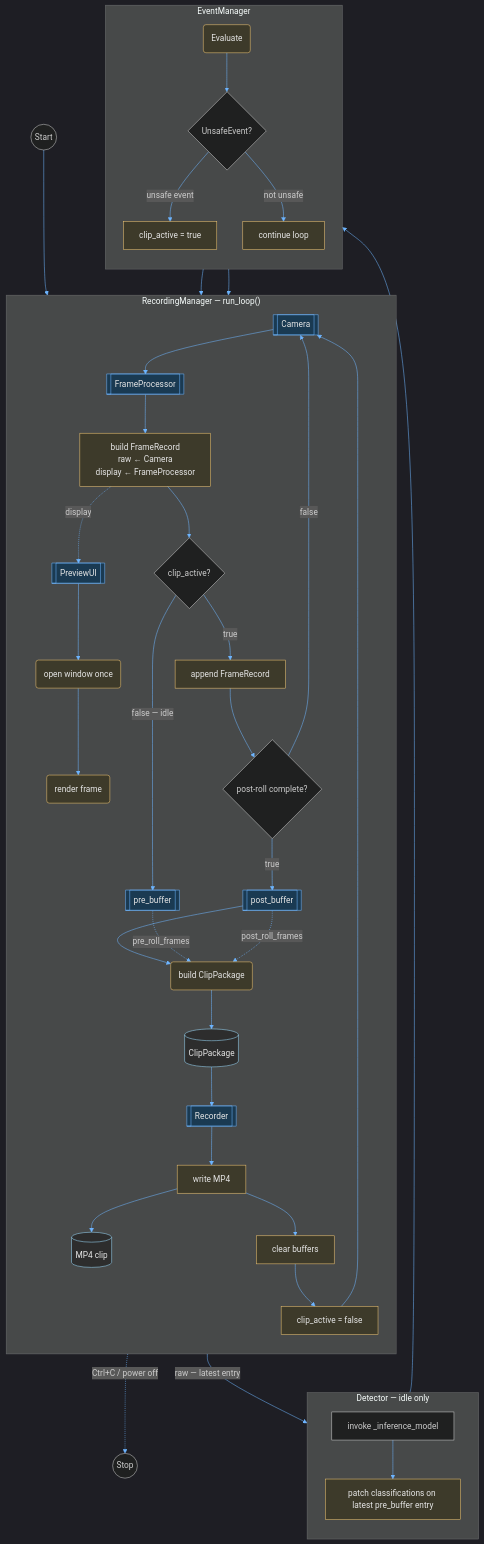
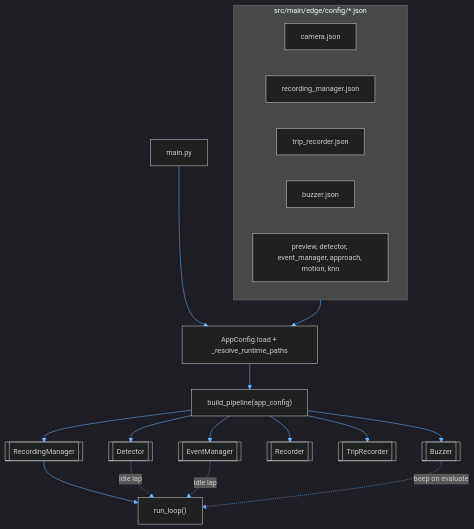
One commit to GregT7/NetraPi changed the eighth of 15 diagrams in project_management/diagrams/event_clip_pipeline.md. Above: the diagram before and after it, drawn with Mermaid. The commit also changed other lines of this file and 165 other files, not shown here.

First line of the commit message:
NTRP-3: setup edge recording and unsafe event detection system

````diff
--- a/project_management/diagrams/event_clip_pipeline.md
+++ b/project_management/diagrams/event_clip_pipeline.md
@@ -539,80 +377,31 @@
 ```mermaid
-%%{init: {'theme': 'dark', 'themeVariables': { 'primaryTextColor': '#e6e6e6', 'lineColor': '#6eb5ff', 'fontSize': '16px'}}}%%
+%%{init: {'theme': 'dark', 'themeVariables': { 'primaryTextColor': '#e6e6e6', 'lineColor': '#6eb5ff', 'fontSize': '14px'}}}%%
 flowchart TB
-    START((Start))
-    STOP((Stop))
+    MAIN[main.py]
+    LOAD["AppConfig.load + _resolve_runtime_paths"]
+    BUILD["build_pipeline(app_config)"]
+    RM[[RecordingManager]]
+    DET[[Detector]]
+    EM[[EventManager]]
+    REC[[Recorder]]
+    TRIP[[TripRecorder]]
+    BZ[[Buzzer]]
+    LOOP["run_loop()"]
 
-    subgraph RM ["RecordingManager — run_loop()"]
-        direction TB
-        C[[Camera]]
-        F[[FrameProcessor]]
-        P[[PreviewUI]]
-        PRE[[pre_buffer]]
-        POST[[post_buffer]]
-        MK["build FrameRecord<br/>raw ← Camera<br/>display ← FrameProcessor"]
-        CA{clip_active?}
-        APP[append FrameRecord]
-        PRC{post-roll complete?}
-        BLD(build ClipPackage)
-        PKG[(ClipPackage)]
-        R[[Recorder]]
-        WMP4[write MP4]
-        CLRBUF[clear buffers]
-        CLR[clip_active = false]
-        OUT[(MP4 clip)]
-        C --> F
-        F --> MK
-        MK --> CA
-        MK -.->|display| P
-        P --> OW(open window once)
-        OW --> RV(render frame)
-        CA -->|false — idle| PRE
-        CA -->|true| APP
-        APP --> PRC
-        PRC -->|false| C
-        PRC -->|true| POST
-        POST --> BLD
-        PRE -.->|pre_roll_frames| BLD
-        POST -.->|post_roll_frames| BLD
-        BLD --> PKG
-        PKG --> R
-        R --> WMP4
-        WMP4 --> OUT
-        WMP4 --> CLRBUF
-        CLRBUF --> CLR
-        CLR --> C
+    subgraph CFG ["src/main/edge/config/*.json"]
+        CAMJ[camera.json]
+        RECJ[recording_manager.json]
+        TRIPJ[trip_recorder.json]
+        BZJ[buzzer.json]
+        OTH[preview, detector, event_manager, approach, motion, knn]
     end
 
-    START --> C
-
-    subgraph detector ["Detector — idle only"]
-        direction TB
-        INV[invoke _inference_model]
-        UPD[patch classifications on latest pre_buffer entry]
-        INV --> UPD
-    end
-
-    subgraph eventManager ["EventManager"]
-        direction TB
-        EV(Evaluate)
-        UE{UnsafeEvent?}
-        SET[clip_active = true]
-        NXT[continue loop]
-        EV --> UE
-        UE -->|unsafe event| SET
-        UE -->|not unsafe| NXT
-        SET --> C
-        NXT --> C
-    end
-
-    PRE -->|raw — latest entry| INV
-    UPD --> EV
-    C -.->|Ctrl+C / power off| STOP
-
-    classDef component fill:#1a3a52,stroke:#6eb5ff,color:#e6e6e6
-    classDef data fill:#2d2d2d,stroke:#9cdcfe,color:#e6e6e6
-    classDef process fill:#3d3a2a,stroke:#f0c674,color:#e6e6e6
-    class C,F,P,PRE,POST,R component
-    class PKG,OUT data
-    class EV,BLD,SET,APP,OW,RV,MK,UPD,WMP4,CLRBUF,CLR,NXT process
+    MAIN --> LOAD
+    CFG --> LOAD
+    LOAD --> BUILD
+    BUILD --> RM & DET & EM & REC & TRIP & BZ
+    RM --> LOOP
+    DET -.->|idle lap| LOOP
+    EM -.->|idle lap| LOOP
+    BZ -.->|beep on evaluate| LOOP
 ```
````
